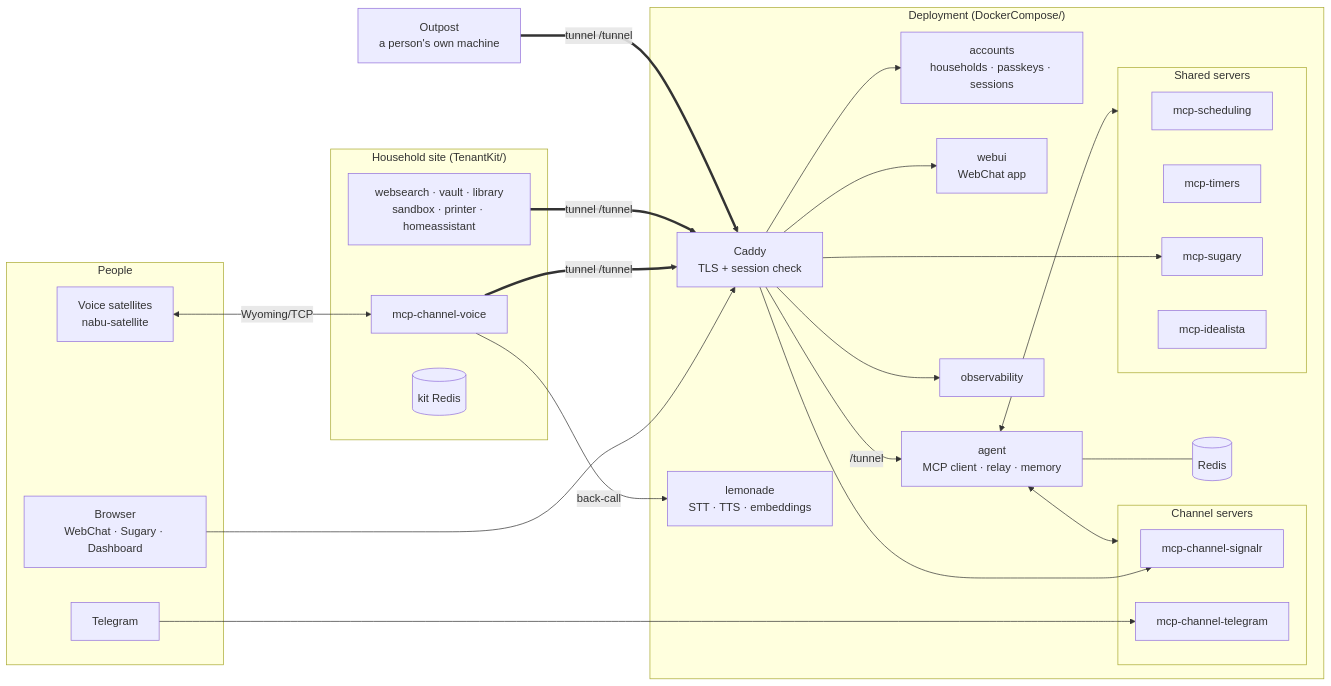
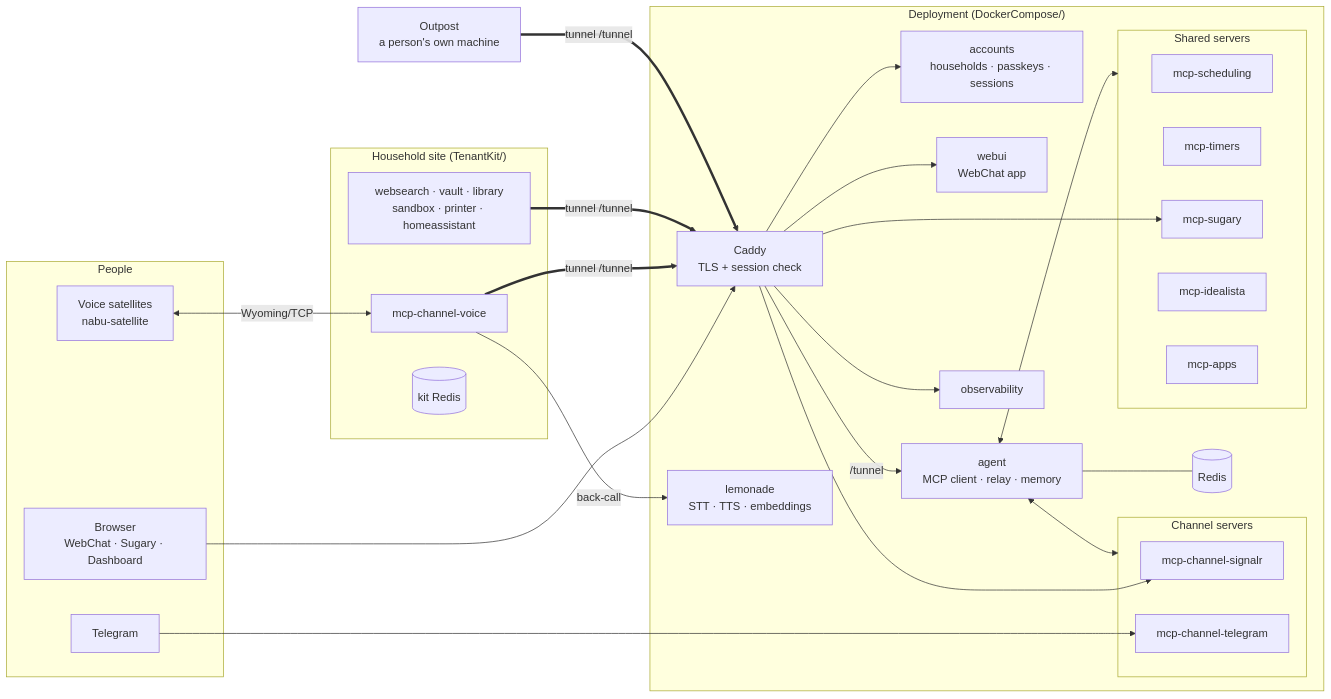
Before and after one commit to Dethon/Ziggurat: the first of 3 diagrams in README.md, drawn with Mermaid. The commit also changed other lines of this file and 9 other files, not shown here.

````diff
--- a/README.md
+++ b/README.md
@@ -67,54 +67,55 @@
 ```mermaid
 flowchart LR
     subgraph clients["People"]
         browser["Browser<br/>WebChat · Sugary · Dashboard"]
         tg["Telegram"]
         sat["Voice satellites<br/>nabu-satellite"]
     end
 
     subgraph deployment["Deployment (DockerCompose/)"]
         caddy["Caddy<br/>TLS + session check"]
         accounts["accounts<br/>households · passkeys · sessions"]
         webui["webui<br/>WebChat app"]
         agent["agent<br/>MCP client · relay · memory"]
         subgraph channels["Channel servers"]
             signalr["mcp-channel-signalr"]
             telegram["mcp-channel-telegram"]
         end
         subgraph shared["Shared servers"]
             scheduling["mcp-scheduling"]
             timers["mcp-timers"]
             sugary["mcp-sugary"]
             idealista["mcp-idealista"]
+            apps["mcp-apps"]
         end
         lemonade["lemonade<br/>STT · TTS · embeddings"]
         obs["observability"]
         redis[("Redis")]
     end
 
     subgraph kit["Household site (TenantKit/)"]
         voice["mcp-channel-voice"]
         own["websearch · vault · library<br/>sandbox · printer · homeassistant"]
         kitredis[("kit Redis")]
     end
 
     outpost["Outpost<br/>a person's own machine"]
 
     browser --> caddy
     caddy --> webui
     caddy --> signalr
     caddy --> accounts
     caddy --> obs
     caddy --> sugary
     tg --> telegram
     sat <-->|"Wyoming/TCP"| voice
 
     agent <--> channels
     agent <--> shared
     voice ==>|"tunnel /tunnel"| caddy
     own ==>|"tunnel /tunnel"| caddy
     outpost ==>|"tunnel /tunnel"| caddy
     caddy -->|"/tunnel"| agent
     agent --- redis
     voice -->|"back-call"| lemonade
 ```
````
